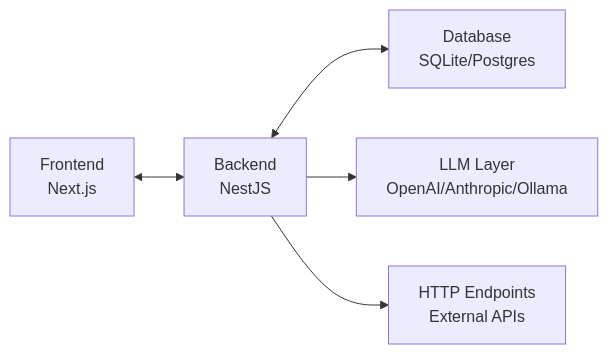
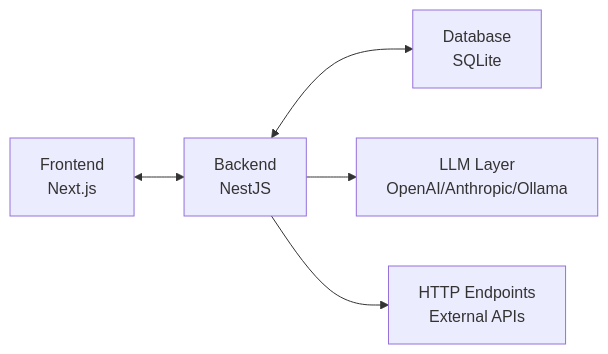
The first of 6 diagrams in ARCHITECTURE.md (jddunn/full-stack-eval-harness), drawn with Mermaid before and after one commit. The commit also changed other lines of this file and 110 other files, not shown here.

````diff
--- a/ARCHITECTURE.md
+++ b/ARCHITECTURE.md
@@ -11,7 +11,7 @@
 ```mermaid
 graph LR
     A[Frontend<br/>Next.js] <--> B[Backend<br/>NestJS]
-    B <--> C[Database<br/>SQLite/Postgres]
+    B <--> C[Database<br/>SQLite]
     B --> D[LLM Layer<br/>OpenAI/Anthropic/Ollama]
     B --> E[HTTP Endpoints<br/>External APIs]
 ```
````
